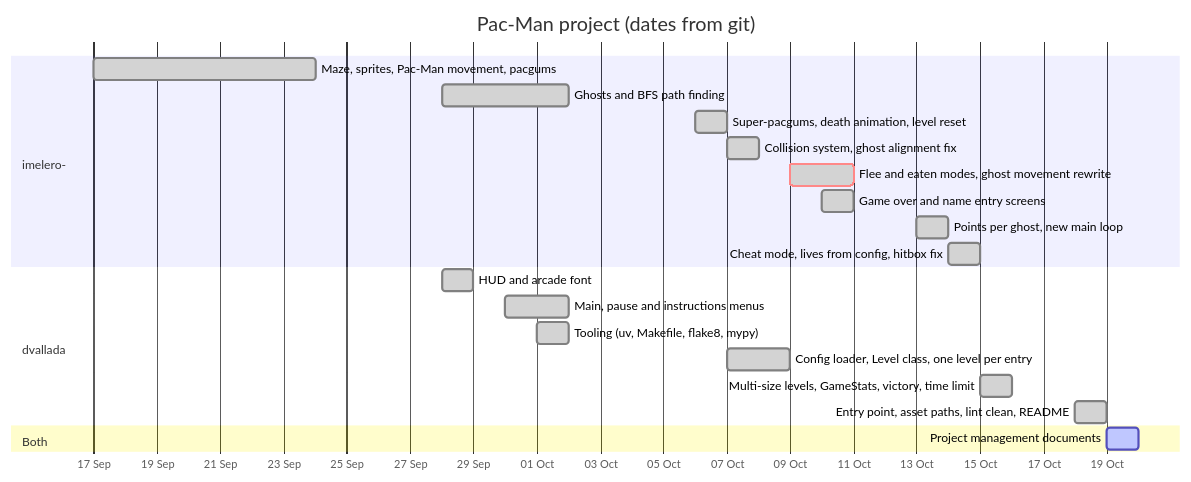
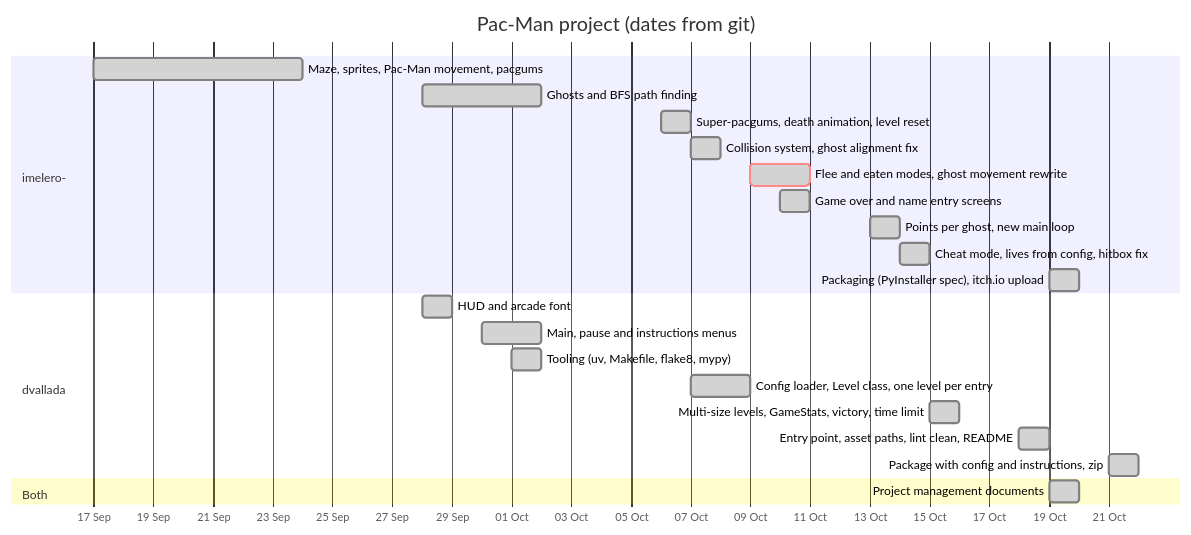
The diagram in project_management/timeline.md (nachom9/pacman), drawn with Mermaid before and after one commit. The commit also changed other lines of this file and 3 other files, not shown here.

Commit message:
docs: packaged game in README + packaging done in project management

````diff
--- a/project_management/timeline.md
+++ b/project_management/timeline.md
@@ -19,27 +19,29 @@
 ```mermaid
 gantt
     title Pac-Man project (dates from git)
     dateFormat YYYY-MM-DD
     axisFormat %d %b
 
     section imelero-
     Maze, sprites, Pac-Man movement, pacgums      :done, 2026-09-17, 7d
     Ghosts and BFS path finding                   :done, 2026-09-28, 4d
     Super-pacgums, death animation, level reset   :done, 2026-10-06, 1d
     Collision system, ghost alignment fix         :done, 2026-10-07, 1d
     Flee and eaten modes, ghost movement rewrite  :crit, done, 2026-10-09, 2d
     Game over and name entry screens              :done, 2026-10-10, 1d
     Points per ghost, new main loop               :done, 2026-10-13, 1d
     Cheat mode, lives from config, hitbox fix     :done, 2026-10-14, 1d
+    Packaging (PyInstaller spec), itch.io upload  :done, 2026-10-19, 1d
 
     section dvallada
     HUD and arcade font                           :done, 2026-09-28, 1d
     Main, pause and instructions menus            :done, 2026-09-30, 2d
     Tooling (uv, Makefile, flake8, mypy)          :done, 2026-10-01, 1d
     Config loader, Level class, one level per entry :done, 2026-10-07, 2d
     Multi-size levels, GameStats, victory, time limit :done, 2026-10-15, 1d
     Entry point, asset paths, lint clean, README  :done, 2026-10-18, 1d
+    Package with config and instructions, zip     :done, 2026-10-21, 1d
 
     section Both
-    Project management documents                  :active, 2026-10-19, 1d
+    Project management documents                  :done, 2026-10-19, 1d
 ```
````
